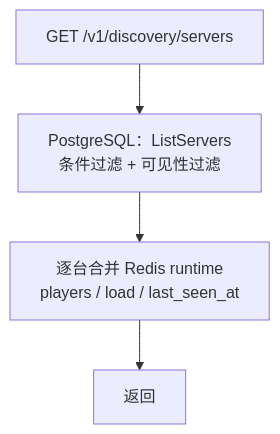
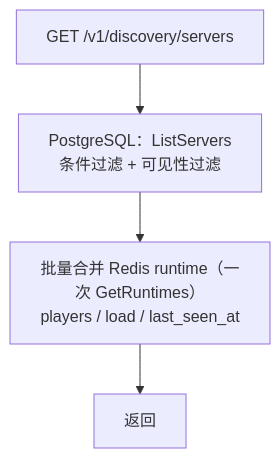
The fourth of 6 diagrams in docs/data-model.md (cuihairu/atlas), drawn with Mermaid before and after one commit. The commit also changed other lines of this file and 17 other files, not shown here.

````diff
--- a/docs/data-model.md
+++ b/docs/data-model.md
@@ -238,6 +243,6 @@
 ```mermaid
 flowchart TD
     REQ["GET /v1/discovery/servers"] --> Q["PostgreSQL：ListServers<br/>条件过滤 + 可见性过滤"]
-    Q --> M["逐台合并 Redis runtime<br/>players / load / last_seen_at"]
+    Q --> M["批量合并 Redis runtime（一次 GetRuntimes）<br/>players / load / last_seen_at"]
     M --> RESP["返回"]
 ```
````
